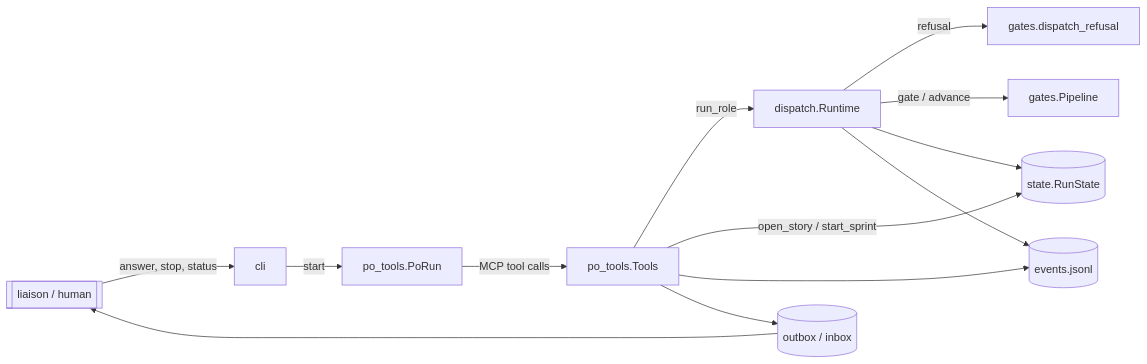
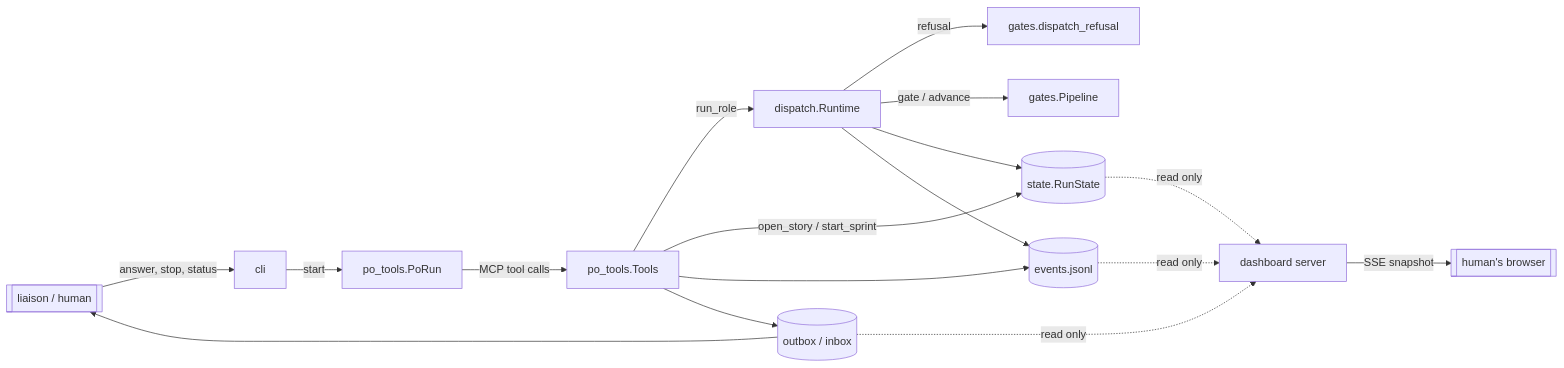
One commit to devnu11/claude-skills changed the first of 4 diagrams in agile-team/docs/architecture.md. Above: the diagram before and after it, drawn with Mermaid. The commit also changed other lines of this file and 5 other files, not shown here.

First line of the commit message:
feat(s4): Dashboard backend - snapshot builder, read-only SSE server and CLI

````diff
--- a/agile-team/docs/architecture.md
+++ b/agile-team/docs/architecture.md
@@ -25,15 +27,19 @@
 ```mermaid
 flowchart LR
   liaison[[liaison / human]] -- answer, stop, status --> cli
   cli -- start --> po[po_tools.PoRun]
   po -- MCP tool calls --> tools[po_tools.Tools]
   tools -- run_role --> rt[dispatch.Runtime]
   tools -- open_story / start_sprint --> st[(state.RunState)]
   rt -- refusal --> gates[gates.dispatch_refusal]
   rt -- gate / advance --> pipe[gates.Pipeline]
   rt --> st
   rt --> ev[(events.jsonl)]
   tools --> ev
   tools --> relay[(outbox / inbox)]
   relay --> liaison
+  ev -. read only .-> dash[dashboard server]
+  st -. read only .-> dash
+  relay -. read only .-> dash
+  dash -- SSE snapshot --> browser[[human's browser]]
 ```
````
